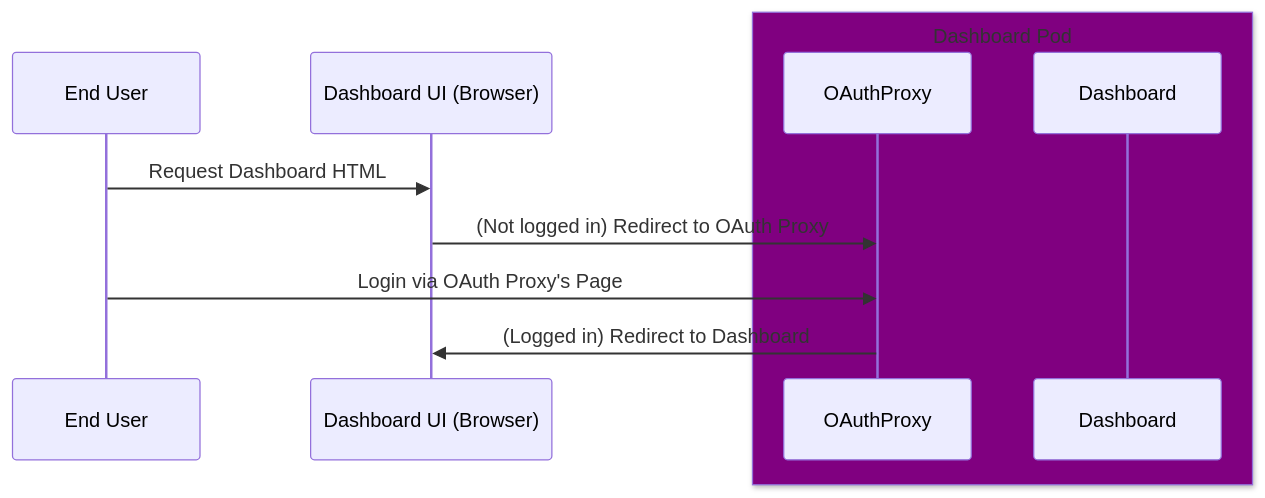
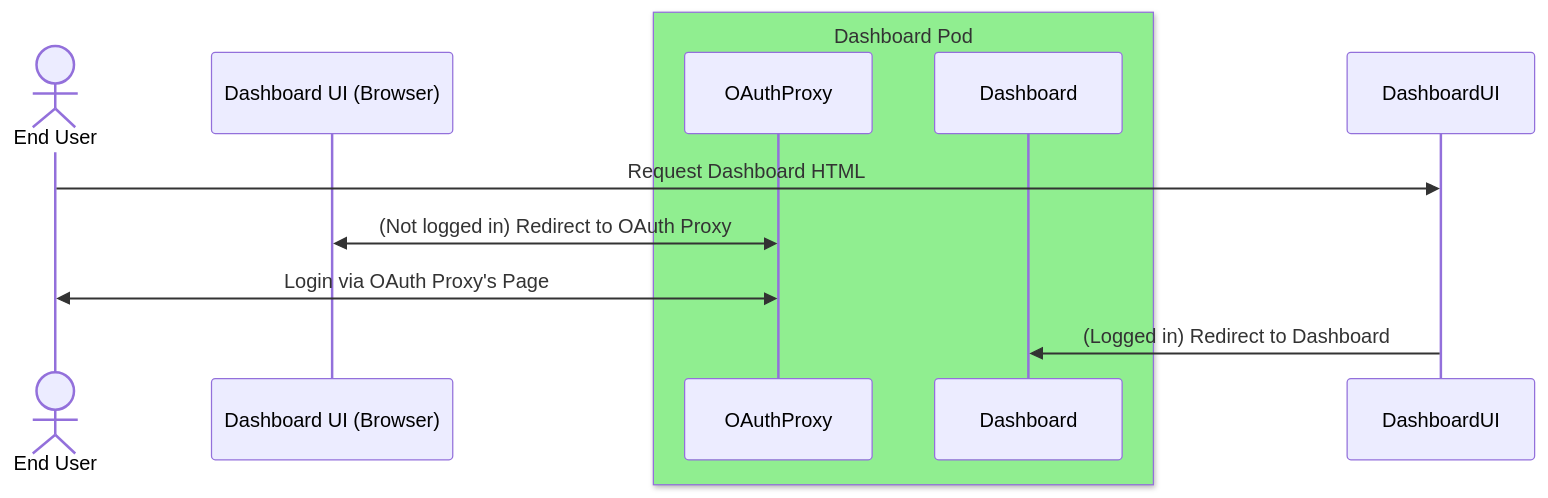
The diagram in documentation/components/dashboard/README.md (andrewballantyne/architecture-decision-records), drawn with Mermaid before and after one commit.

````diff
--- a/documentation/components/dashboard/README.md
+++ b/documentation/components/dashboard/README.md
@@ -23,14 +23,14 @@
 ```mermaid
 sequenceDiagram
-    participant EndUser as End User
-    participant DashboardUI as Dashboard UI (Browser)
-    box Purple Dashboard Pod
+    actor EndUser as End User
+    participant Browser as Dashboard UI (Browser)
+    box LightGreen Dashboard Pod
     participant OAuthProxy
     participant Dashboard
     end
 
     EndUser->>DashboardUI: Request Dashboard HTML
-    DashboardUI->>OAuthProxy: (Not logged in) Redirect to OAuth Proxy
-    EndUser->>OAuthProxy: Login via OAuth Proxy's Page
-    OAuthProxy->>DashboardUI: (Logged in) Redirect to Dashboard
+    Browser<<->>OAuthProxy: (Not logged in) Redirect to OAuth Proxy
+    EndUser<<->>OAuthProxy: Login via OAuth Proxy's Page
+    DashboardUI->>Dashboard: (Logged in) Redirect to Dashboard
 ```
````
